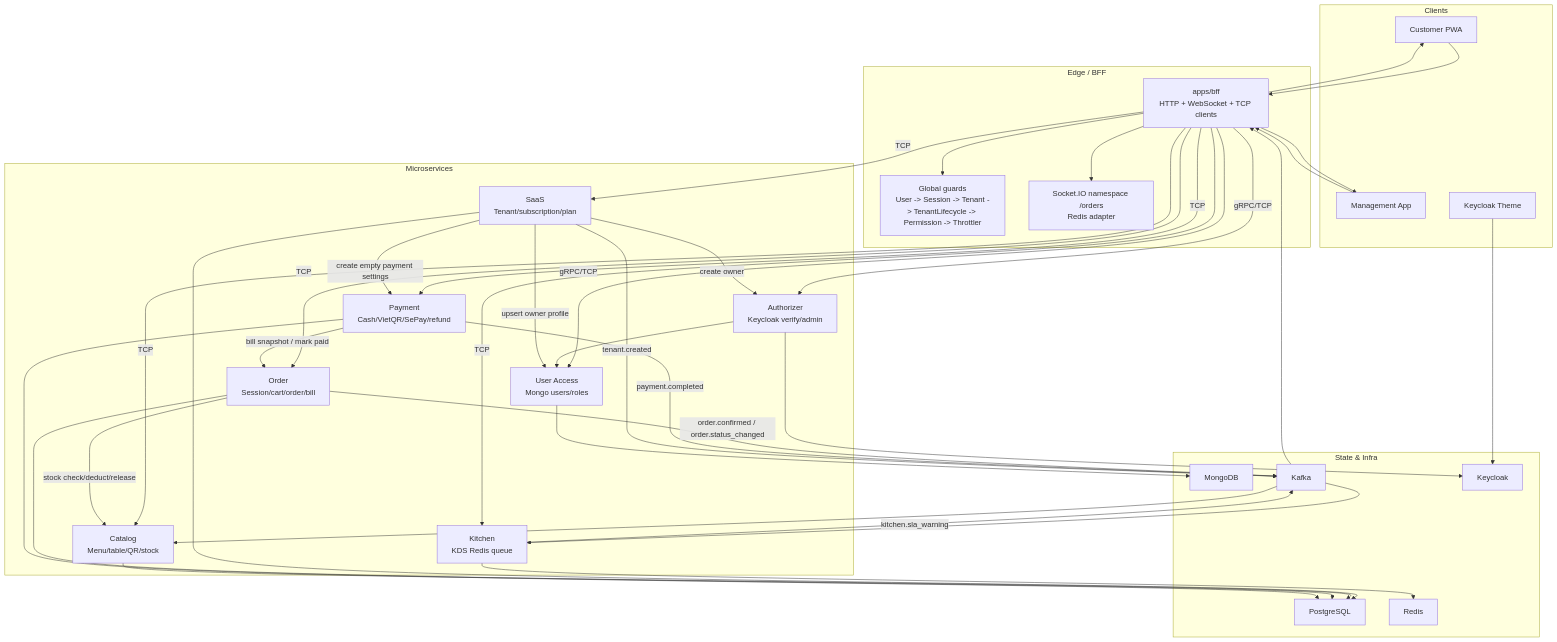
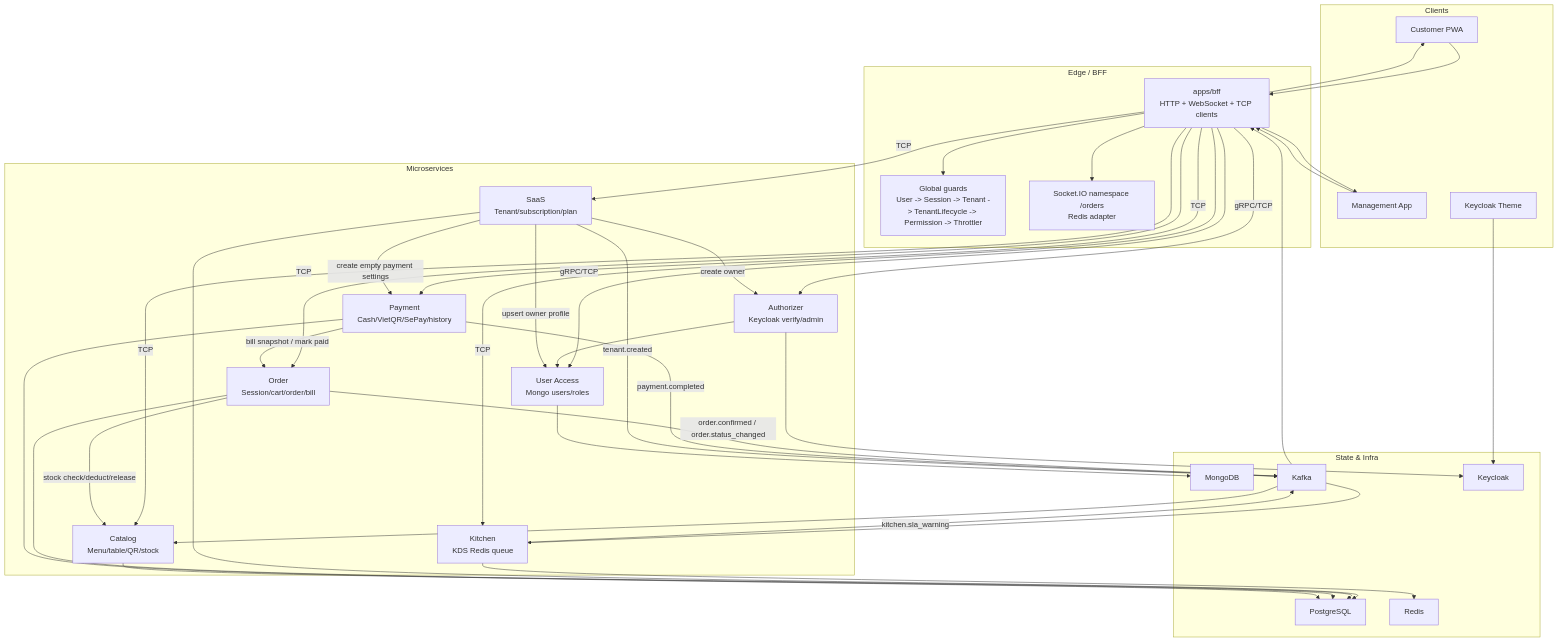
One commit to quan-vo-dinh/saas-pos-microservices-qrtable changed the first of 12 diagrams in docs/guides/codebase-reading-map.md. Above: the diagram before and after it, drawn with Mermaid. The commit also changed other lines of this file and 89 other files, not shown here.

First line of the commit message:
refactor(payment): remove refund flow and sync thesis documentation

````diff
--- a/docs/guides/codebase-reading-map.md
+++ b/docs/guides/codebase-reading-map.md
@@ -51,71 +51,71 @@
 ```mermaid
 flowchart TB
   subgraph CLIENTS["Clients"]
     PWA["Customer PWA"]
     MGMT["Management App"]
     KCTheme["Keycloak Theme"]
   end
 
   subgraph EDGE["Edge / BFF"]
     BFF["apps/bff\nHTTP + WebSocket + TCP clients"]
     Guards["Global guards\nUser -> Session -> Tenant -> TenantLifecycle -> Permission -> Throttler"]
     Realtime["Socket.IO namespace /orders\nRedis adapter"]
   end
 
   subgraph SERVICES["Microservices"]
     Authorizer["Authorizer\nKeycloak verify/admin"]
     UserAccess["User Access\nMongo users/roles"]
     SaaS["SaaS\nTenant/subscription/plan"]
     Catalog["Catalog\nMenu/table/QR/stock"]
     Order["Order\nSession/cart/order/bill"]
     Kitchen["Kitchen\nKDS Redis queue"]
-    Payment["Payment\nCash/VietQR/SePay/refund"]
+    Payment["Payment\nCash/VietQR/SePay/history"]
   end
 
   subgraph STATE["State & Infra"]
     Pg["PostgreSQL"]
     Mongo["MongoDB"]
     Redis["Redis"]
     Kafka["Kafka"]
     Keycloak["Keycloak"]
   end
 
   PWA --> BFF
   MGMT --> BFF
   KCTheme --> Keycloak
 
   BFF --> Guards
   BFF --> Realtime
   BFF -- "TCP" --> Catalog
   BFF -- "TCP" --> Order
   BFF -- "TCP" --> Kitchen
   BFF -- "TCP" --> Payment
   BFF -- "TCP" --> SaaS
   BFF -- "gRPC/TCP" --> Authorizer
   BFF -- "gRPC/TCP" --> UserAccess
 
   Authorizer --> Keycloak
   Authorizer --> UserAccess
   UserAccess --> Mongo
   SaaS --> Pg
   Catalog --> Pg
   Order --> Pg
   Payment --> Pg
   Kitchen --> Redis
 
   Order -- "stock check/deduct/release" --> Catalog
   Payment -- "bill snapshot / mark paid" --> Order
   SaaS -- "create owner" --> Authorizer
   SaaS -- "upsert owner profile" --> UserAccess
   SaaS -- "create empty payment settings" --> Payment
 
   Order -- "order.confirmed / order.status_changed" --> Kafka
   Payment -- "payment.completed" --> Kafka
   SaaS -- "tenant.created" --> Kafka
   Kitchen -- "kitchen.sla_warning" --> Kafka
   Kafka --> Kitchen
   Kafka --> Catalog
   Kafka --> BFF
   BFF --> PWA
   BFF --> MGMT
 ```
````
